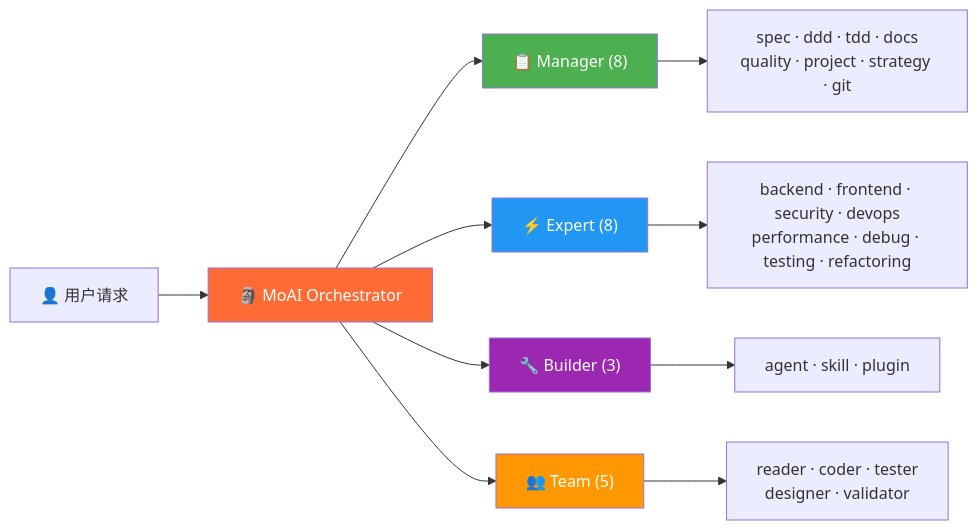
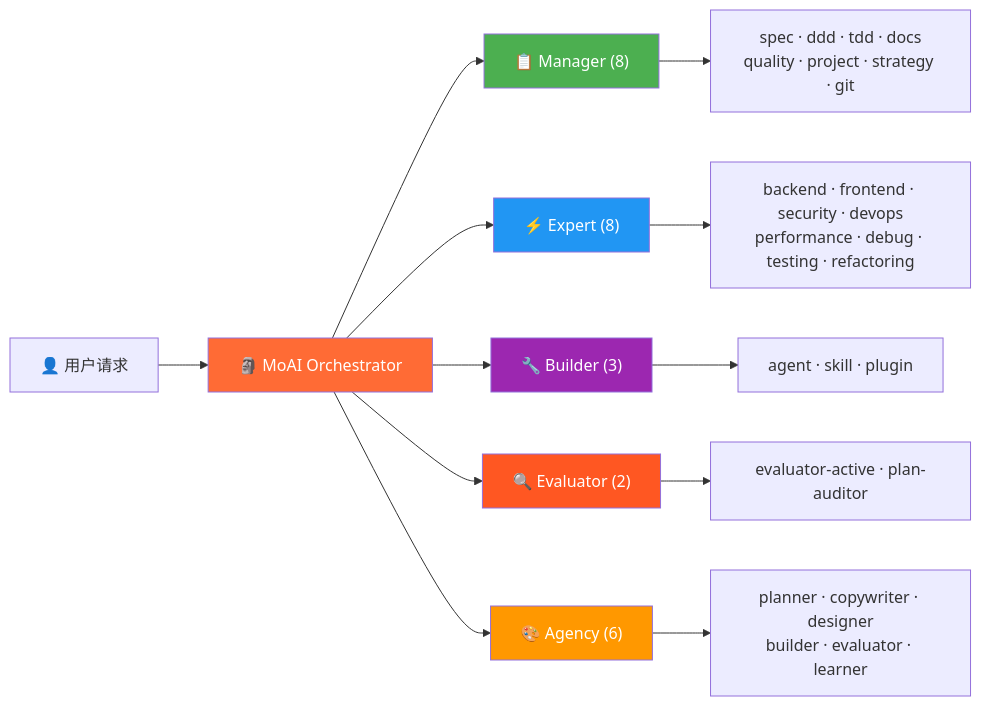
One commit to modu-ai/moai-adk changed the third of 7 diagrams in README.zh.md. Above: the diagram before and after it, drawn with Mermaid. The commit also changed other lines of this file and 76 other files, not shown here.

````diff
--- a/README.zh.md
+++ b/README.zh.md
@@ -263,20 +263,23 @@
 ```mermaid
 graph LR
     U["👤 用户请求"] --> M["🗿 MoAI Orchestrator"]
 
     M --> MG["📋 Manager (8)"]
     M --> EX["⚡ Expert (8)"]
     M --> BL["🔧 Builder (3)"]
-    M --> TM["👥 Team (5)"]
+    M --> EV["🔍 Evaluator (2)"]
+    M --> AG["🎨 Agency (6)"]
 
     MG --> MG1["spec · ddd · tdd · docs<br/>quality · project · strategy · git"]
     EX --> EX1["backend · frontend · security · devops<br/>performance · debug · testing · refactoring"]
     BL --> BL1["agent · skill · plugin"]
-    TM --> TM1["reader · coder · tester<br/>designer · validator"]
+    EV --> EV1["evaluator-active · plan-auditor"]
+    AG --> AG1["planner · copywriter · designer<br/>builder · evaluator · learner"]
 
     style M fill:#FF6B35,color:#fff
     style MG fill:#4CAF50,color:#fff
     style EX fill:#2196F3,color:#fff
     style BL fill:#9C27B0,color:#fff
-    style TM fill:#FF9800,color:#fff
+    style EV fill:#FF5722,color:#fff
+    style AG fill:#FF9800,color:#fff
 ```
````
